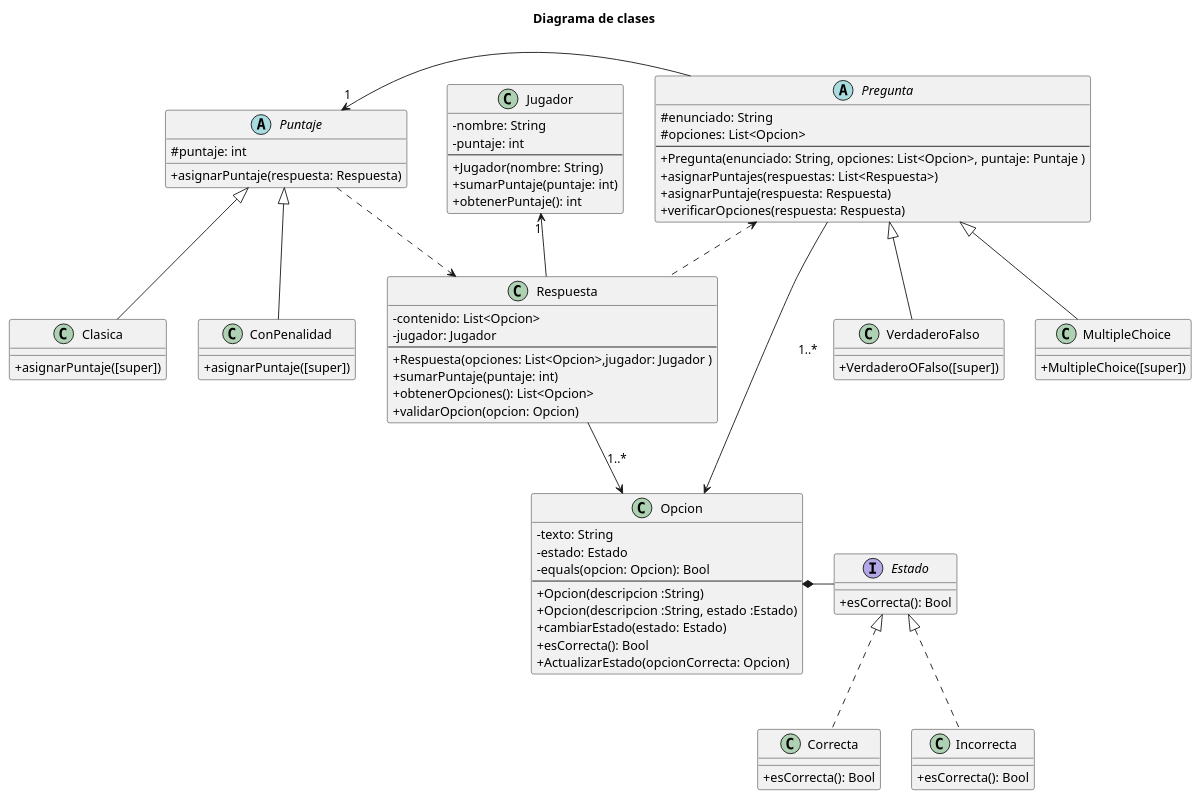
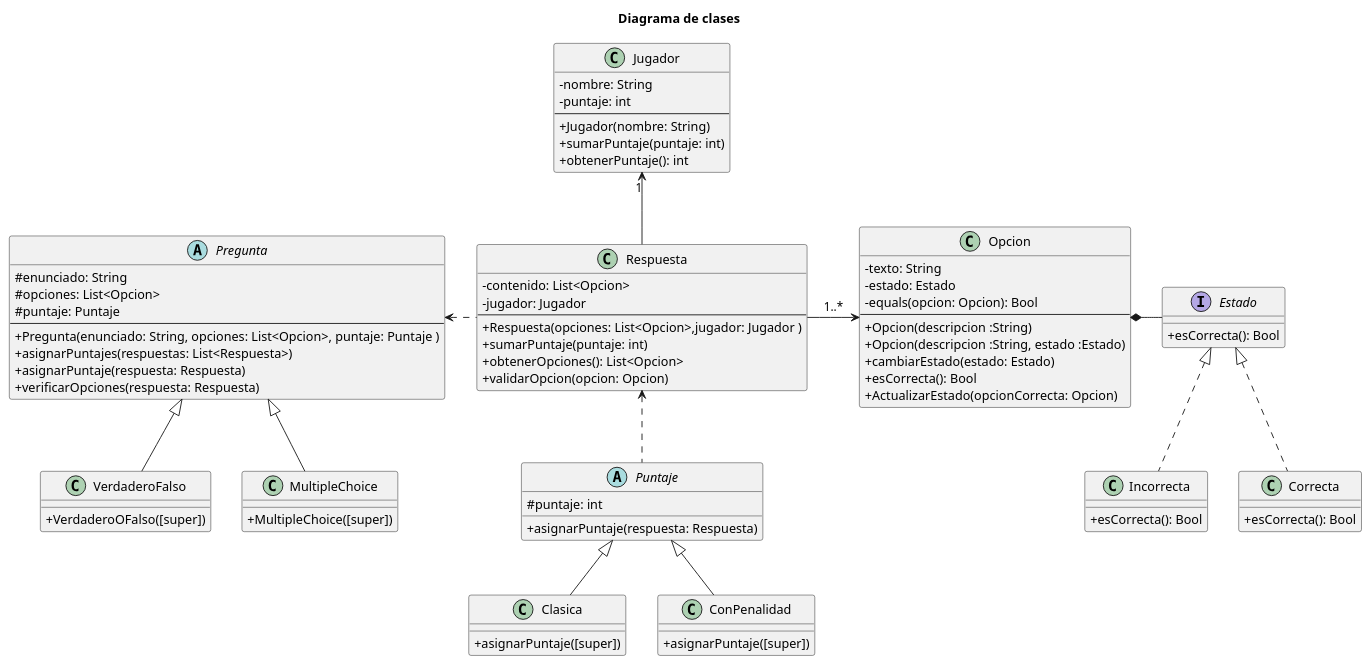
Before and after one commit to laldonate96/Algo3-TP2: the diagram in diagrams/classes/diagrama_clase_entrega_1.puml, drawn with PlantUML. The commit also changed 1 other file, not shown here.

Commit message:
Update final diagrama de clase entrega1

```diff
--- a/diagrams/classes/diagrama_clase_entrega_1.puml
+++ b/diagrams/classes/diagrama_clase_entrega_1.puml
@@ -1,87 +1,86 @@
 @startuml diagrama de clases
 skinparam classAttributeIconSize 0
 title Diagrama de clases
 
 class Jugador{
     - nombre: String
     - puntaje: int
     ---
     + Jugador(nombre: String)
     + sumarPuntaje(puntaje: int)
     + obtenerPuntaje(): int
 }
 
 Class Respuesta {
     - contenido: List<Opcion>
     - jugador: Jugador
     ---
     + Respuesta(opciones: List<Opcion>,jugador: Jugador )
     + sumarPuntaje(puntaje: int)
     + obtenerOpciones(): List<Opcion>
     + validarOpcion(opcion: Opcion)
 }
 
  abstract class Puntaje {
      # puntaje: int
      + asignarPuntaje(respuesta: Respuesta)
 }
 
 class Clasica extends Puntaje{
      + asignarPuntaje([super])
 }
 
 class ConPenalidad extends Puntaje{
      + asignarPuntaje([super])
 }
 
 abstract class Pregunta {
     # enunciado: String
     # opciones: List<Opcion>
+    # puntaje: Puntaje
     ---
     + Pregunta(enunciado: String, opciones: List<Opcion>, puntaje: Puntaje )
     + asignarPuntajes(respuestas: List<Respuesta>)
     + asignarPuntaje(respuesta: Respuesta)
     + verificarOpciones(respuesta: Respuesta)
 }
 
 class VerdaderoFalso extends Pregunta {
     +VerdaderoOFalso([super])
 }
 
 class MultipleChoice extends Pregunta {
     +MultipleChoice([super])
     }
 
 class Opcion {
     -texto: String
     -estado: Estado
     -equals(opcion: Opcion): Bool
     ---
     + Opcion(descripcion :String)
     + Opcion(descripcion :String, estado :Estado)
     + cambiarEstado(estado: Estado)
     + esCorrecta(): Bool
     + ActualizarEstado(opcionCorrecta: Opcion)
 }
 
 interface Estado{
     + esCorrecta(): Bool
 }
 
 class Correcta implements Estado{
     + esCorrecta(): Bool   
 }
 
 class Incorrecta implements Estado{
     + esCorrecta(): Bool
 }
 
 Jugador "1" <-d- Respuesta
-Pregunta -l-> "1" Puntaje
 Respuesta .l.> Pregunta
-Puntaje ..> Respuesta
+Puntaje .u.> Respuesta
 Opcion *-r- Estado
-Pregunta ---> Opcion: "1..*"
 Respuesta -> Opcion:"1..*"
 
 @enduml
```
